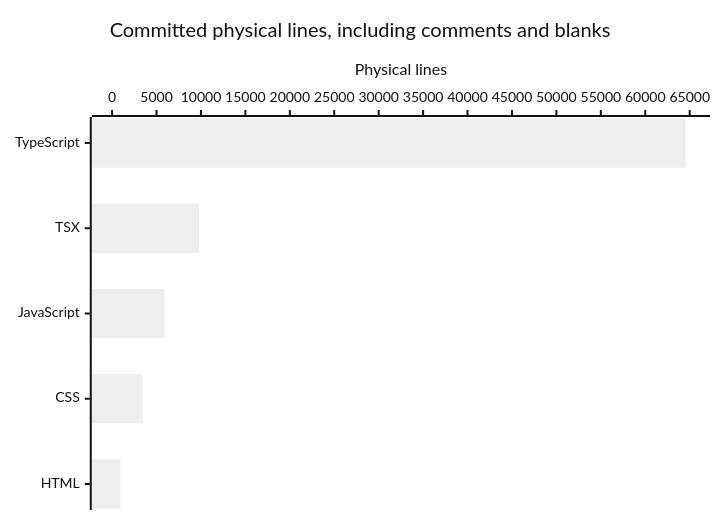
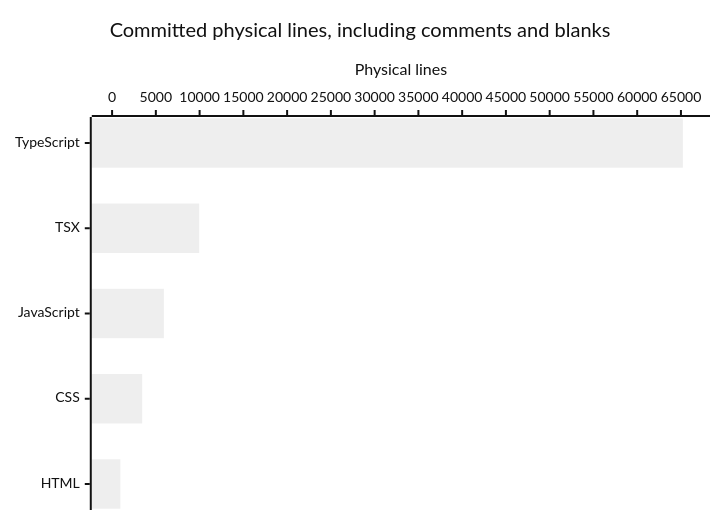
Before and after one commit to VeroxAUS/homestream: the diagram in droid-wiki/by-the-numbers.md, drawn with Mermaid (neutral theme). The commit also changed other lines of this file and 20 other files, not shown here.

````diff
--- a/droid-wiki/by-the-numbers.md
+++ b/droid-wiki/by-the-numbers.md
@@ -46,7 +46,7 @@
 ```mermaid
 xychart-beta horizontal
     title "Committed physical lines, including comments and blanks"
     x-axis ["TypeScript", "TSX", "JavaScript", "CSS", "HTML"]
-    y-axis "Physical lines" 0 --> 65000
-    bar [64541, 9801, 5916, 3419, 944]
+    y-axis "Physical lines" 0 --> 66000
+    bar [65217, 9953, 5916, 3439, 944]
 ```
````
